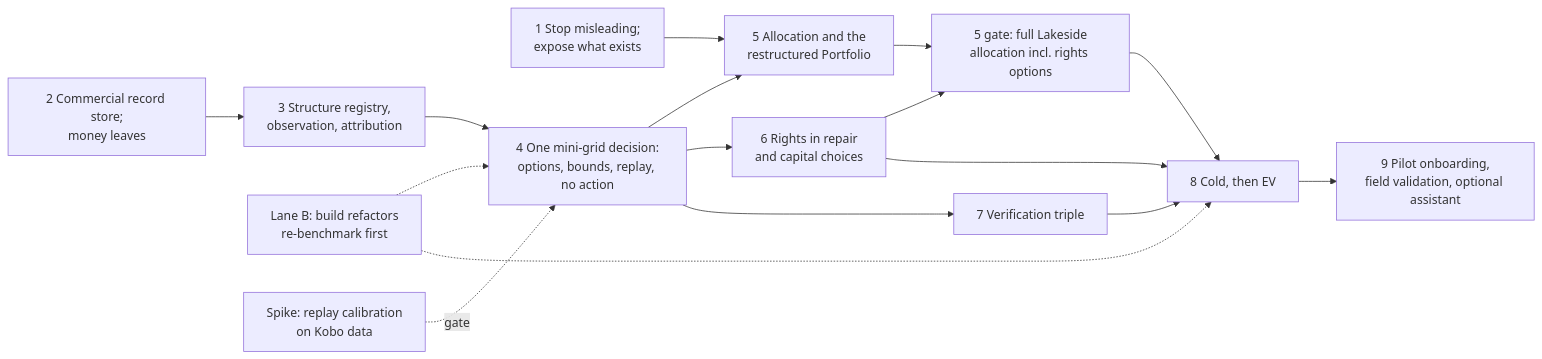
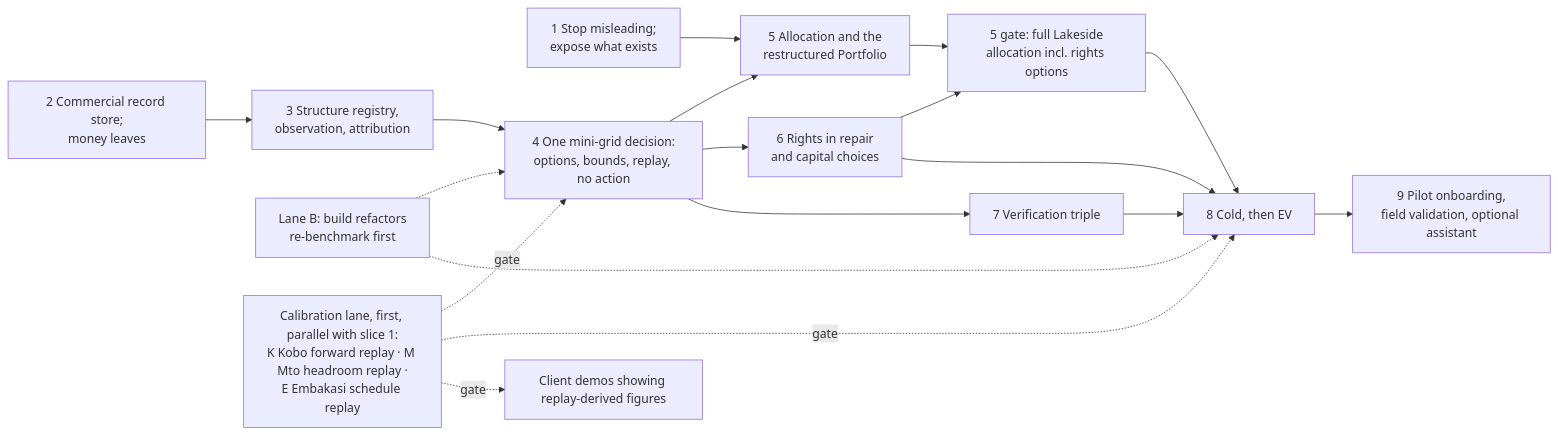
One commit to bineyame/AssetOpsV1 changed the second of 2 diagrams in Docs/demo-sprint/product-direction-layer4/phase-plan-and-acceptance.md. Above: the diagram before and after it, drawn with Mermaid. The commit also changed other lines of this file and 55 other files, not shown here.

Commit message:
Layer 4 design pack rev 8: CP-1 frames, CP-2 Protect effects, CP-3 calibration lane, 30-min owner path (re-review REVISE: R8-M1, R8-M2)

````diff
--- a/Docs/demo-sprint/product-direction-layer4/phase-plan-and-acceptance.md
+++ b/Docs/demo-sprint/product-direction-layer4/phase-plan-and-acceptance.md
@@ -47,18 +47,20 @@
 ```mermaid
 flowchart LR
   S1[1 Stop misleading;<br/>expose what exists] --> S5
   S2[2 Commercial record store;<br/>money leaves] --> S3[3 Structure registry,<br/>observation, attribution]
   S3 --> S4[4 One mini-grid decision:<br/>options, bounds, replay, no action]
   S4 --> S5[5 Allocation and the<br/>restructured Portfolio]
   S4 --> S6[6 Rights in repair<br/>and capital choices]
   S6 --> S5c[5 gate: full Lakeside<br/>allocation incl. rights options]
   S5 --> S5c
   S4 --> S7[7 Verification triple]
   S5c --> S8[8 Cold, then EV]
   S6 --> S8
   S7 --> S8
   S8 --> S9[9 Pilot onboarding,<br/>field validation, optional assistant]
   B[Lane B: build refactors<br/>re-benchmark first] -.-> S4
   B -.-> S8
-  R[Spike: replay calibration<br/>on Kobo data] -.gate.-> S4
+  R0[Calibration lane, first, parallel with slice 1:<br/>K Kobo forward replay · M Mto headroom replay ·<br/>E Embakasi schedule replay] -.gate.-> S4
+  R0 -.gate.-> S8
+  R0 -.gate.-> D[Client demos showing replay-derived figures]
 ```
````
